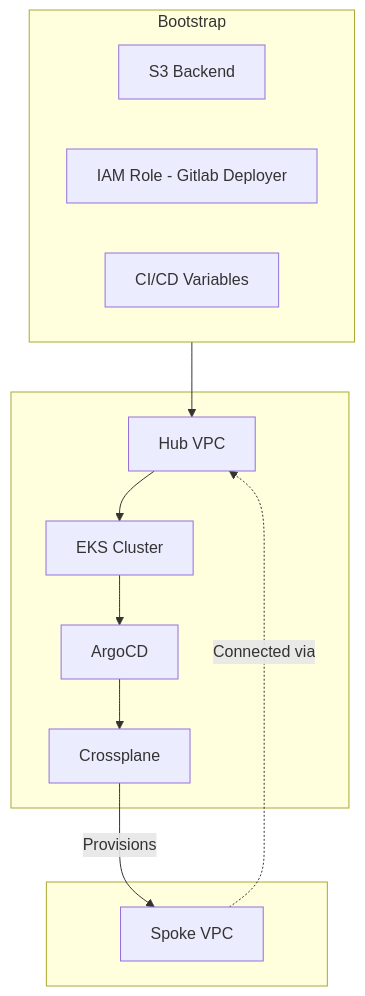
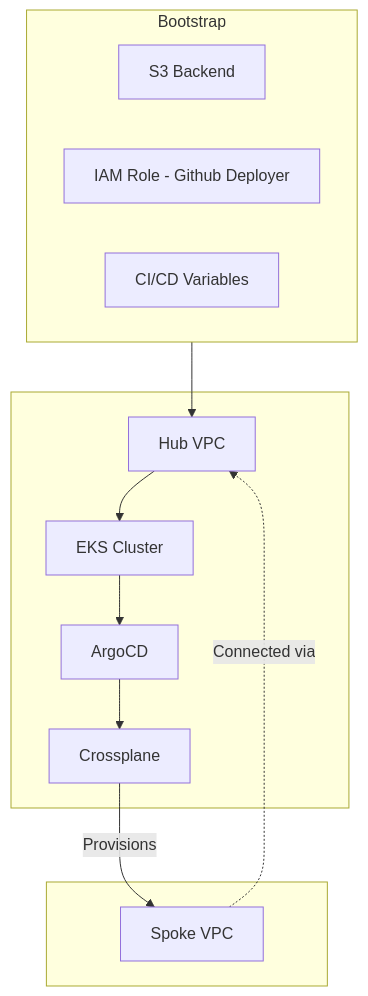
Before and after one commit to ehermenau/edge-first-infra: the diagram in README.md, drawn with Mermaid. The commit also changed other lines of this file and 18 other files, not shown here.

Commit message:
blanket change of all gitlab references to github, preserving case.

````diff
--- a/README.md
+++ b/README.md
@@ -16,23 +16,23 @@
 ```mermaid
 graph TB
 
     subgraph "Bootstrap"
         direction LR
         A[S3 Backend]
-        B[IAM Role - Gitlab Deployer]
+        B[IAM Role - Github Deployer]
         J["CI/CD Variables"]
     end
 
     subgraph " "
         B --> C[Hub VPC]
         C --> D[EKS Cluster]
         D --> E[ArgoCD]
         E --> H[Crossplane]
     end
 
     subgraph " "
         H -->|Provisions| I[Spoke VPC]
         I -.->|Connected via| C
     end
 
 ```
````
